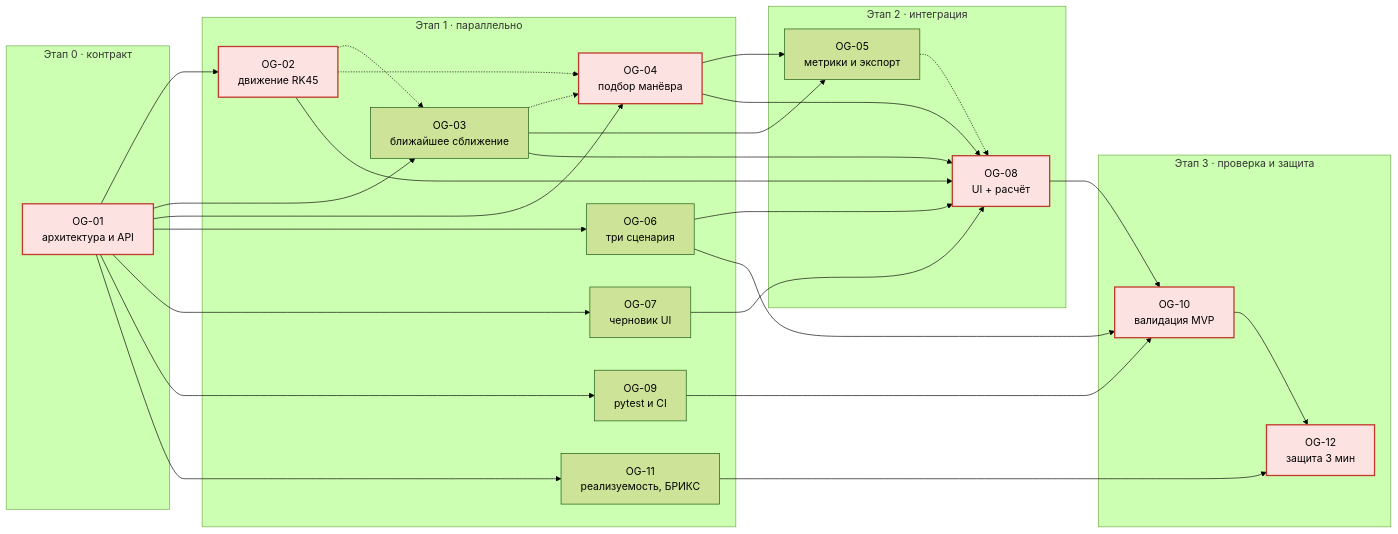
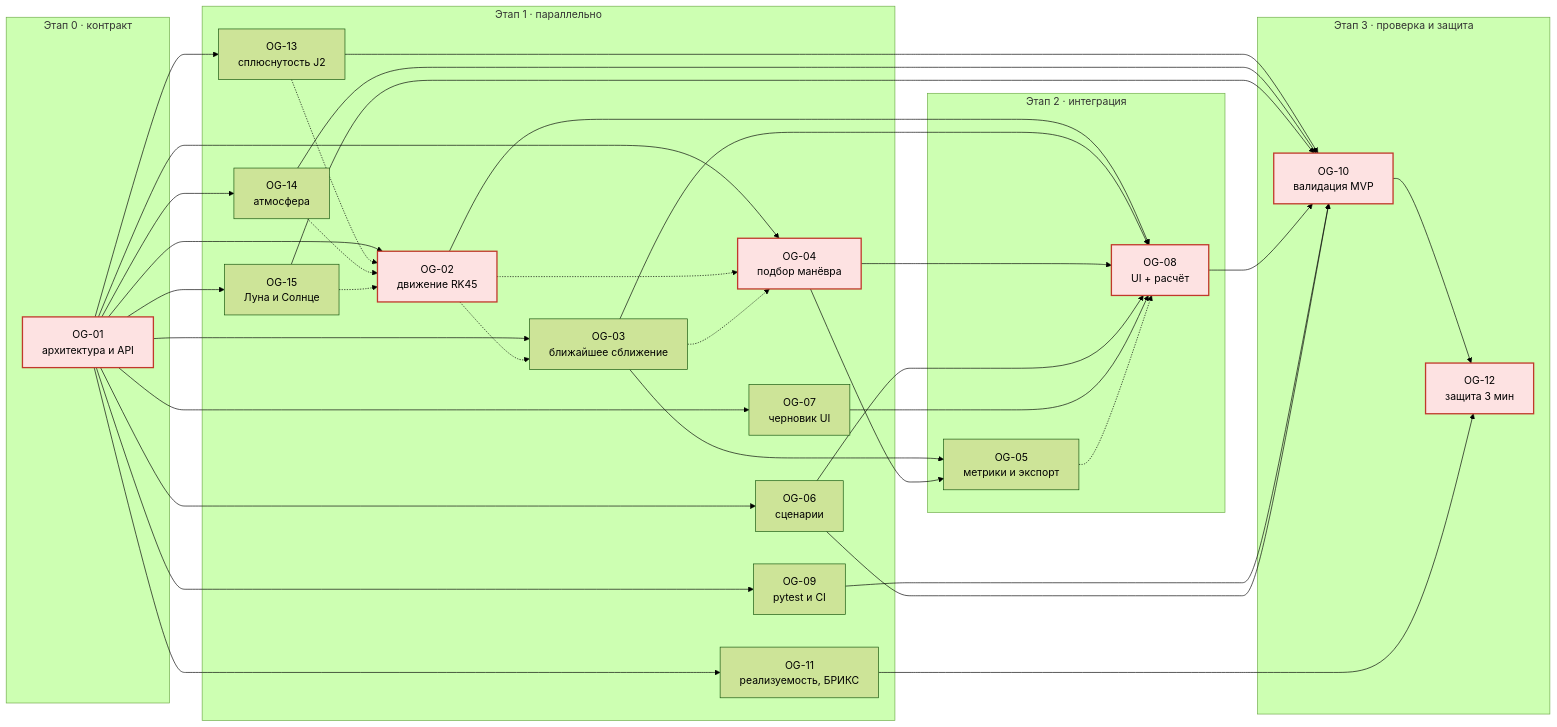
One commit to orbitguard-team/orbitguard changed the diagram in docs/WORK_SPLIT.md. Above: the diagram before and after it, drawn with Mermaid (forest theme). The commit also changed other lines of this file and 5 other files, not shown here.

Commit message:
docs: модель сил (J2, атмосфера, Луна и Солнце), темы работ без назначения участников

````diff
--- a/docs/WORK_SPLIT.md
+++ b/docs/WORK_SPLIT.md
@@ -28,40 +27,46 @@
 ```mermaid
 flowchart LR
     subgraph S0["Этап 0 · контракт"]
         OG01["OG-01<br/>архитектура и API"]
     end
 
     subgraph S1["Этап 1 · параллельно"]
         OG02["OG-02<br/>движение RK45"]
         OG03["OG-03<br/>ближайшее сближение"]
         OG04["OG-04<br/>подбор манёвра"]
-        OG06["OG-06<br/>три сценария"]
+        OG06["OG-06<br/>сценарии"]
         OG07["OG-07<br/>черновик UI"]
         OG09["OG-09<br/>pytest и CI"]
         OG11["OG-11<br/>реализуемость, БРИКС"]
+        OG13["OG-13<br/>сплюснутость J2"]
+        OG14["OG-14<br/>атмосфера"]
+        OG15["OG-15<br/>Луна и Солнце"]
     end
 
     subgraph S2["Этап 2 · интеграция"]
         OG05["OG-05<br/>метрики и экспорт"]
         OG08["OG-08<br/>UI + расчёт"]
     end
 
     subgraph S3["Этап 3 · проверка и защита"]
         OG10["OG-10<br/>валидация MVP"]
         OG12["OG-12<br/>защита 3 мин"]
     end
 
     OG01 --> OG02 & OG03 & OG04 & OG06 & OG07 & OG09 & OG11
+    OG01 --> OG13 & OG14 & OG15
+    OG13 & OG14 & OG15 -.-> OG02
+    OG13 & OG14 & OG15 --> OG10
     OG02 -.-> OG03
     OG02 -.-> OG04
     OG03 -.-> OG04
     OG03 --> OG05
     OG04 --> OG05
     OG02 & OG03 & OG04 & OG06 & OG07 --> OG08
     OG05 -.-> OG08
     OG08 & OG09 & OG06 --> OG10
     OG10 & OG11 --> OG12
 
     classDef crit fill:#fde2e2,stroke:#c0392b,stroke-width:2px,color:#000
     class OG01,OG02,OG04,OG08,OG10,OG12 crit
 ```
````
